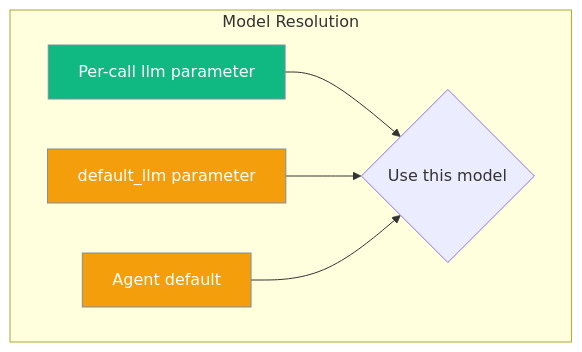
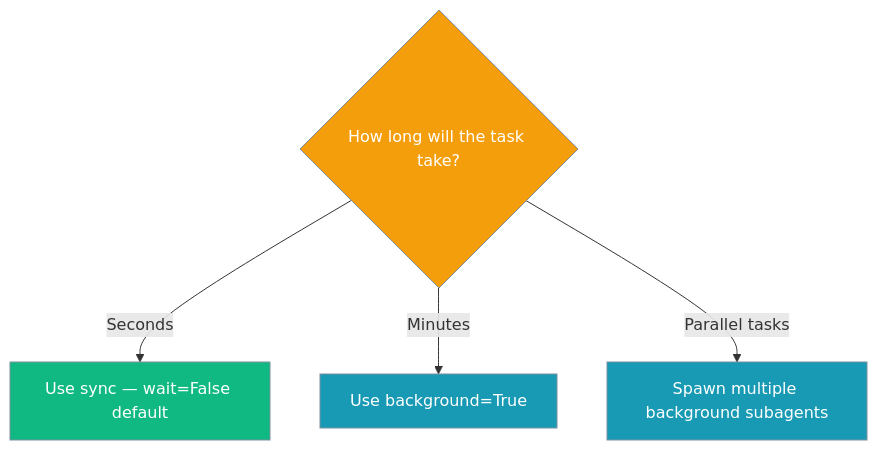
The third of 3 diagrams in docs/features/subagent-tool.mdx (MervinPraison/PraisonAIDocs), drawn with Mermaid before and after one commit. The commit also changed other lines of this file and 7 other files, not shown here.

````diff
--- a/docs/features/subagent-tool.mdx
+++ b/docs/features/subagent-tool.mdx
@@ -129,14 +107,15 @@
 ```mermaid
 graph TB
-    subgraph "Model Resolution"
-        A[Per-call llm parameter] --> D{Use this model}
-        B[default_llm parameter] --> D
-        C[Agent default] --> D
-    end
+    Q{How long will the task take?}
+    Q -->|Seconds| Sync[Use sync — wait=False default]
+    Q -->|Minutes| BG[Use background=True]
+    Q -->|Parallel tasks| Multi[Spawn multiple background subagents]
     
-    classDef priority fill:#10B981,stroke:#7C90A0,color:#fff
-    classDef fallback fill:#F59E0B,stroke:#7C90A0,color:#fff
+    classDef decision fill:#F59E0B,stroke:#7C90A0,color:#fff
+    classDef sync fill:#10B981,stroke:#7C90A0,color:#fff
+    classDef bg fill:#189AB4,stroke:#7C90A0,color:#fff
     
-    class A priority
-    class B,C fallback
+    class Q decision
+    class Sync sync
+    class BG,Multi bg
 ```
````
